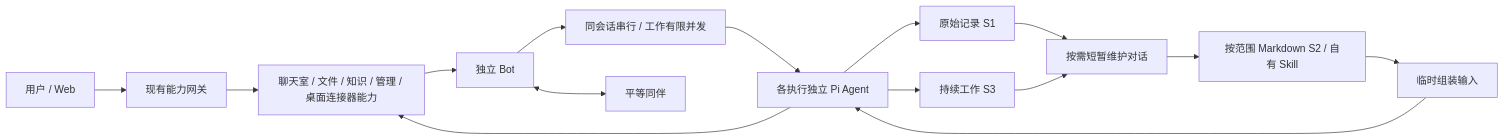
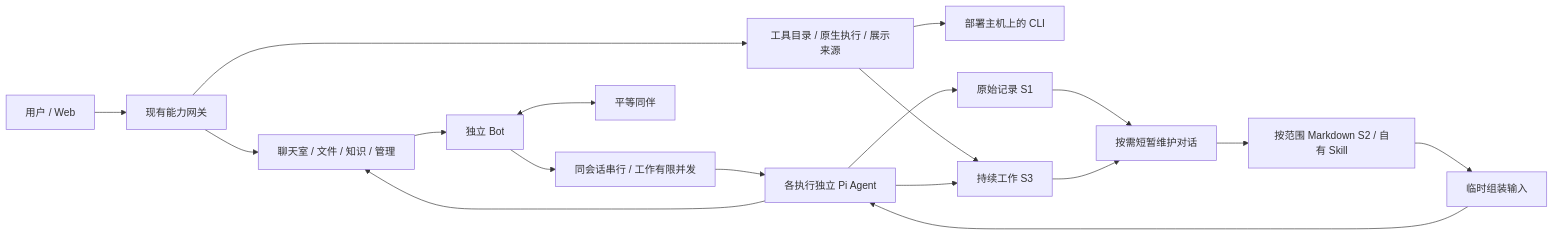
Before and after one commit to buyun00/Summon-Bot: the diagram in docs/ARCHITECTURE.md, drawn with Mermaid. The commit also changed other lines of this file and 164 other files, not shown here.

````diff
--- a/docs/ARCHITECTURE.md
+++ b/docs/ARCHITECTURE.md
@@ -7,17 +7,20 @@
 ```mermaid
 flowchart LR
   U[用户 / Web] --> G[现有能力网关]
-  G --> C[聊天室 / 文件 / 知识 / 管理 / 桌面连接器能力]
+  G --> C[聊天室 / 文件 / 知识 / 管理]
+  G --> T[工具目录 / 原生执行 / 展示来源]
+  T --> CLI[部署主机上的 CLI]
+  T --> S3
   C --> B[独立 Bot]
   B --> Q[同会话串行 / 工作有限并发]
   Q --> P[各执行独立 Pi Agent]
   P --> S1[原始记录 S1]
   P --> S3[持续工作 S3]
   S1 --> M[按需短暂维护对话]
   S3 --> M
   M --> MD[按范围 Markdown S2 / 自有 Skill]
   MD --> A[临时组装输入]
   A --> P
   B <--> PEER[平等同伴]
   P --> C
 ```
````
